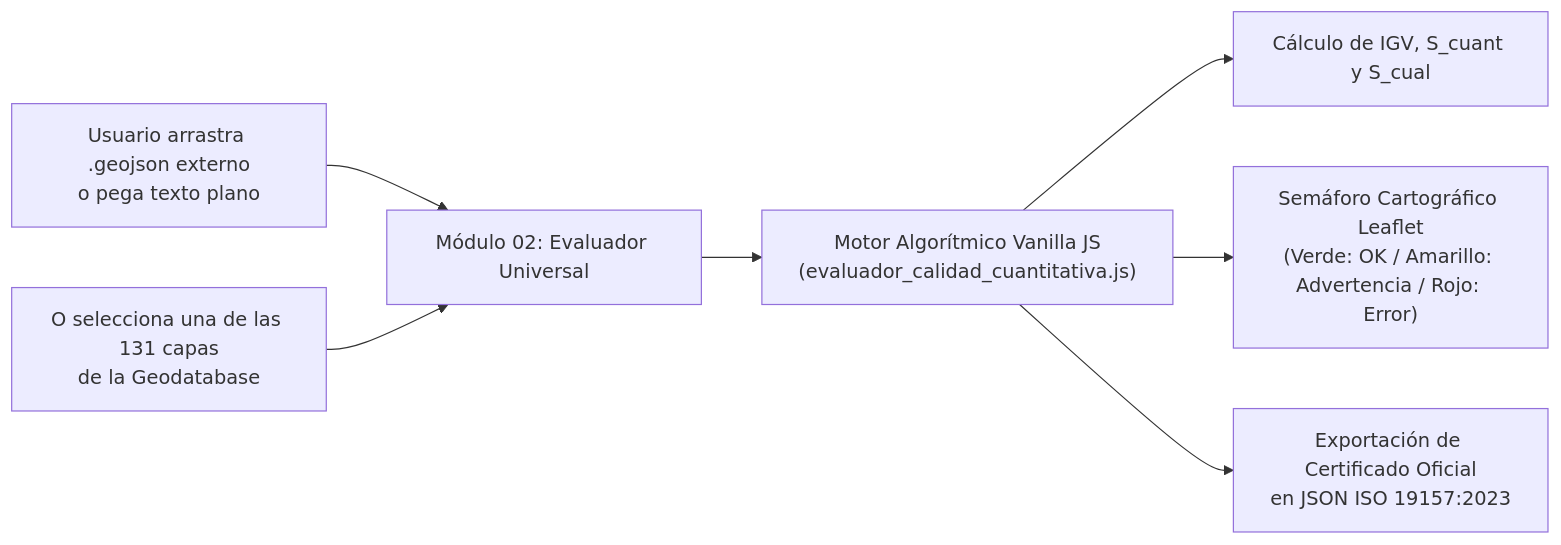
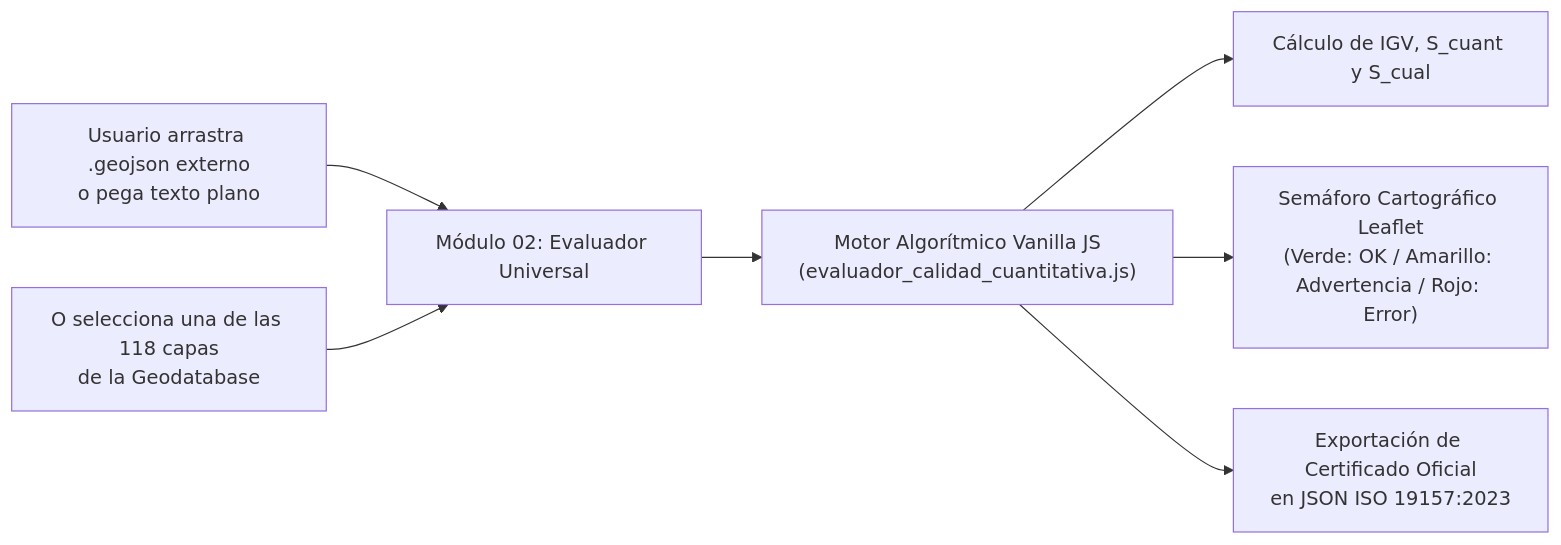
Before and after one commit to GEOJOTA/atlas_vgi_territorial: the second of 4 diagrams in docs/ANALISIS_METACALIDAD.md, drawn with Mermaid. The commit also changed other lines of this file and 19 other files, not shown here.

````diff
--- a/docs/ANALISIS_METACALIDAD.md
+++ b/docs/ANALISIS_METACALIDAD.md
@@ -125,9 +125,9 @@
 ```mermaid
 graph LR
     EXT["Usuario arrastra .geojson externo<br/>o pega texto plano"] --> MOD02["Módulo 02: Evaluador Universal"]
-    INT["O selecciona una de las 131 capas<br/>de la Geodatabase"] --> MOD02
+    INT["O selecciona una de las 118 capas<br/>de la Geodatabase"] --> MOD02
     MOD02 --> ALG["Motor Algorítmico Vanilla JS<br/>(evaluador_calidad_cuantitativa.js)"]
     ALG --> RES1["Cálculo de IGV, S_cuant y S_cual"]
     ALG --> RES2["Semáforo Cartográfico Leaflet<br/>(Verde: OK / Amarillo: Advertencia / Rojo: Error)"]
     ALG --> RES3["Exportación de Certificado Oficial<br/>en JSON ISO 19157:2023"]
 ```
````
